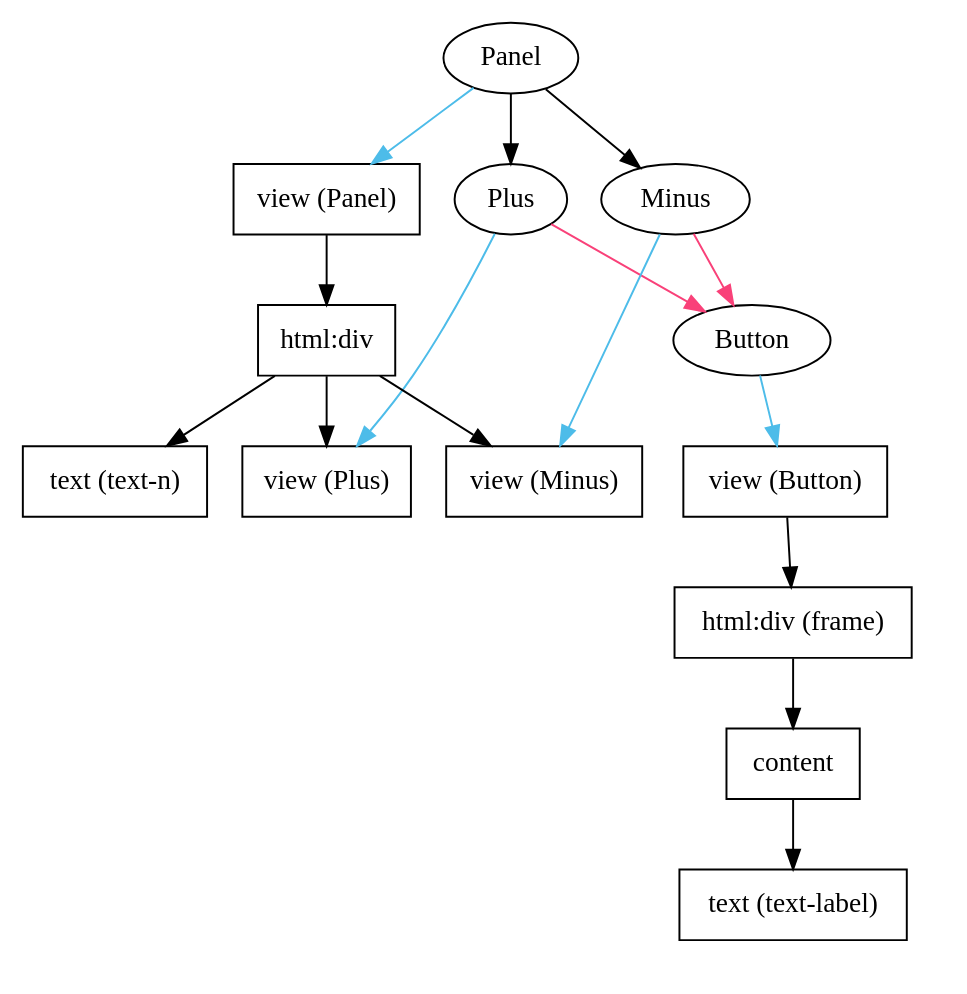
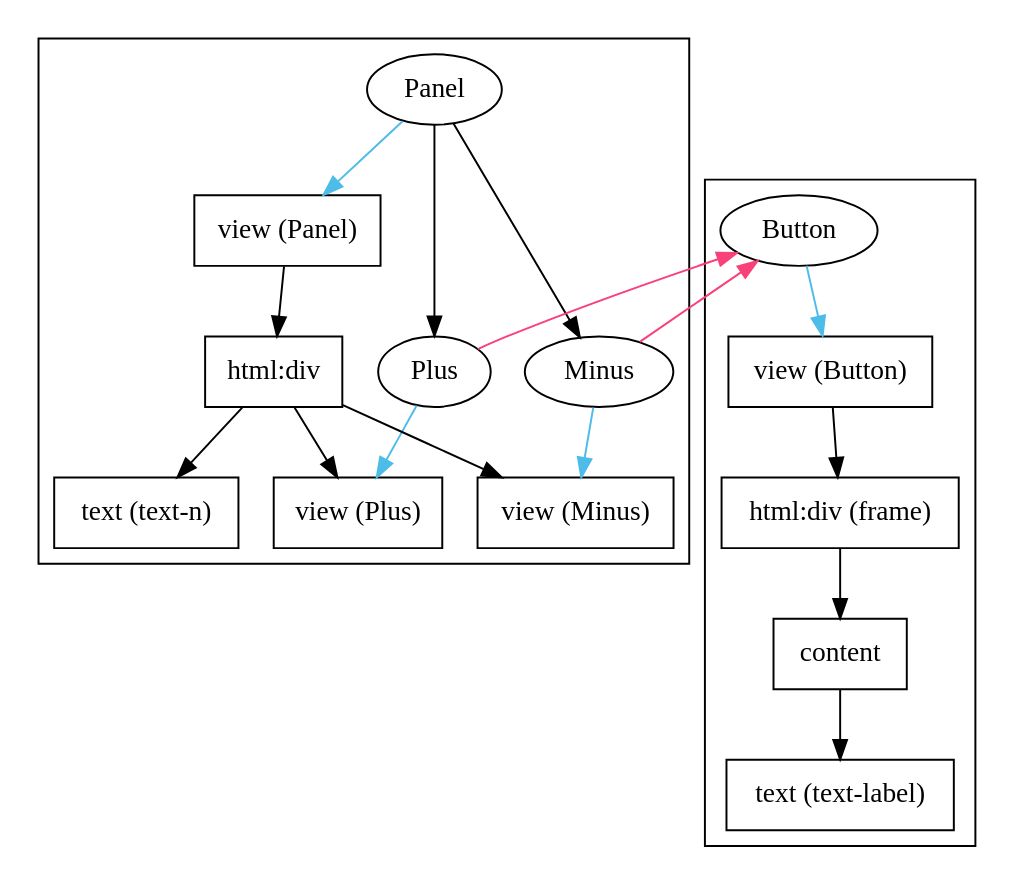
The diagram in spec/fig/panel.gv (bendr/bender), drawn with Graphviz before and after one commit. The commit also changed 1 other file, not shown here.

Commit message:
Local graphs

```diff
--- a/spec/fig/panel.gv
+++ b/spec/fig/panel.gv
@@ -1,42 +1,43 @@
 digraph panel {
   node [fontname="Avenir Next"];
   edge [fontname="Avenir Next"];
 
-  Panel [ordering=out]
-  Panel -> vpanel [color="#4dbce9"]
-  Panel -> Plus
-  Panel -> Minus
+  subgraph cluster_panel {
+    Panel [ordering=out]
+    Panel -> vpanel [color="#4dbce9"]
+    Panel -> Plus
+    Panel -> Minus
 
-  subgraph { rank=same; Plus; Minus }
+    subgraph { rank=same; Plus; Minus }
 
-  div1 [label="html:div", shape=box]
-  vpanel [label="view (Panel)", shape=box]
-  vminus [label="view (Minus)", shape=box]
-  vplus [label="view (Plus)", shape=box]
+    div1 [label="html:div", shape=box]
+    vpanel [label="view (Panel)", shape=box]
+    vminus [label="view (Minus)", shape=box]
+    vplus [label="view (Plus)", shape=box]
 
-  textn [label="text (text-n)", shape=box]
-  vpanel -> div1
-  div1 -> textn
-  div1 -> vminus
-  div1 -> vplus
+    textn [label="text (text-n)", shape=box]
+    vpanel -> div1
+    div1 -> textn
+    div1 -> vminus
+    div1 -> vplus
 
-  Plus -> vplus [color="#4dbce9"]
-  Minus -> vminus [color="#4dbce9"]
+    Plus -> vplus [color="#4dbce9"]
+    Minus -> vminus [color="#4dbce9"]
+  }
 
   subgraph cluster_button {
-    color=white
 
     Button -> vbutton [color="#4dbce9"]
     vbutton [label="view (Button)", shape=box]
     frame [label="html:div (frame)", shape=box]
     content [shape=box]
     textlabel [label="text (text-label)", shape=box]
     vbutton -> frame
     frame -> content
     content -> textlabel
 
-    Minus -> Button [color="#f94179"]
-    Plus -> Button [color="#f94179"]
+    Button -> Minus [color="#f94179", dir=back]
+    Button -> Plus  [color="#f94179", dir=back]
   }
 
 }
```
